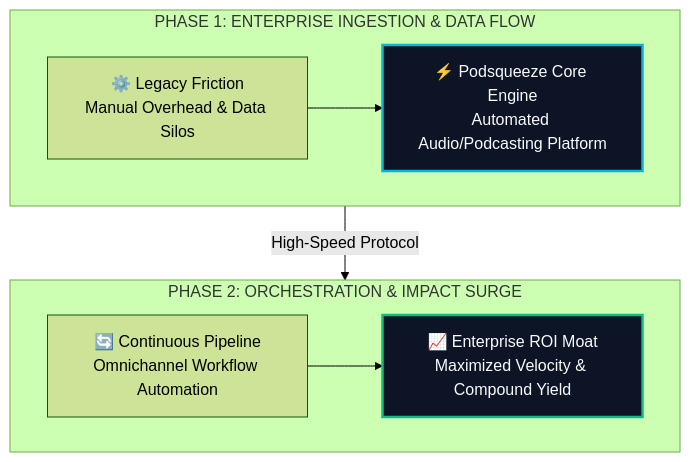
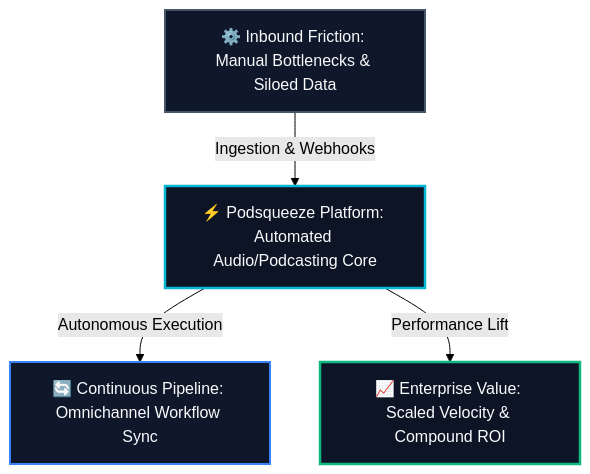
Before and after one commit to heliatech-media/saas-radar: the diagram in site/src/content/blog/podsqueeze-evolution-guide-2026.md, drawn with Mermaid (forest theme). The commit also changed 93 other files, not shown here.

First line of the commit message:
fix(diagrams): resolve dagre-d3 subgraph collision by migrating to balanced 3-tier Hub & Spoke architecture

````diff
--- a/site/src/content/blog/podsqueeze-evolution-guide-2026.md
+++ b/site/src/content/blog/podsqueeze-evolution-guide-2026.md
@@ -96,14 +96,14 @@
 ```mermaid
 flowchart TD
-    subgraph S1["PHASE 1: ENTERPRISE INGESTION & DATA FLOW"]
-        direction LR
-        A["⚙️ Legacy Friction<br/>Manual Overhead & Data Silos"] --> B["⚡ Podsqueeze Core Engine<br/>Automated Audio/Podcasting Platform"]
-    end
-    subgraph S2["PHASE 2: ORCHESTRATION & IMPACT SURGE"]
-        direction LR
-        C["🔄 Continuous Pipeline<br/>Omnichannel Workflow Automation"] --> D["📈 Enterprise ROI Moat<br/>Maximized Velocity & Compound Yield"]
-    end
-    S1 -->|High-Speed Protocol| S2
-    style B fill:#0c1425,stroke:#06b6d4,stroke-width:2.5px,color:#f8fafc
-    style D fill:#0c1425,stroke:#10b981,stroke-width:2.5px,color:#f8fafc
+    Inp["⚙️ Inbound Friction: Manual Bottlenecks & Siloed Data"]
+    Eng["⚡ Podsqueeze Platform: Automated Audio/Podcasting Core"]
+    Out1["🔄 Continuous Pipeline: Omnichannel Workflow Sync"]
+    Out2["📈 Enterprise Value: Scaled Velocity & Compound ROI"]
+    Inp -->|Ingestion & Webhooks| Eng
+    Eng -->|Autonomous Execution| Out1
+    Eng -->|Performance Lift| Out2
+    style Inp fill:#0f172a,stroke:#475569,stroke-width:2px,color:#f8fafc
+    style Eng fill:#0c1425,stroke:#06b6d4,stroke-width:2.5px,color:#f8fafc
+    style Out1 fill:#0f172a,stroke:#3b82f6,stroke-width:2px,color:#f8fafc
+    style Out2 fill:#0c1425,stroke:#10b981,stroke-width:2.5px,color:#f8fafc
 ```
````
